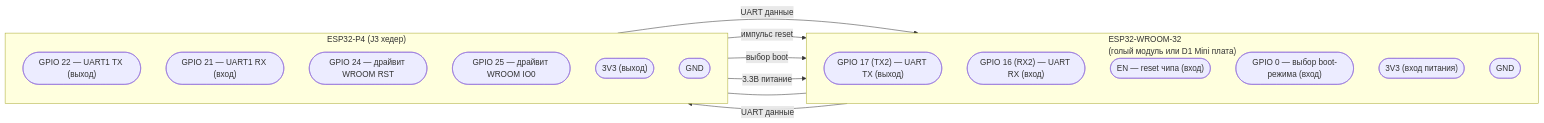
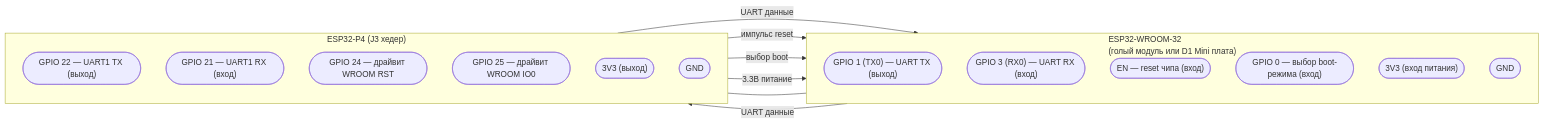
The third of 3 diagrams in README.ru.md (LeonMeln/esp32p4-android-auto), drawn with Mermaid before and after one commit. The commit also changed 1 other file, not shown here.

Commit message:
docs: fix WROOM UART pins in wiring diagram to GPIO 1/3 (UART0)
The agent firmware (uart_link.c) runs on UART0 (GPIO 1 TX0 / GPIO 3
RX0), and the ESP32 ROM bootloader esp_serial_flasher targets only
accept downloads on UART0 — so the WROOM side must be GPIO 1/3, not the
stale GPIO 16/17 (TX2/RX2) shown in the Mermaid diagram. Fixed in both
README.md and README.ru.md.

````diff
--- a/README.ru.md
+++ b/README.ru.md
@@ -214,29 +214,29 @@
 ```mermaid
 flowchart LR
     subgraph WROOM["ESP32-WROOM-32<br/>(голый модуль или D1 Mini плата)"]
         direction TB
-        W17(["GPIO 17 (TX2) — UART TX (выход)"])
-        W16(["GPIO 16 (RX2) — UART RX (вход)"])
+        W1(["GPIO 1 (TX0) — UART TX (выход)"])
+        W3(["GPIO 3 (RX0) — UART RX (вход)"])
         WEN(["EN — reset чипа (вход)"])
         WIO0(["GPIO 0 — выбор boot-режима (вход)"])
         W3V3(["3V3 (вход питания)"])
         WGND(["GND"])
     end
 
     subgraph P4J3["ESP32-P4 (J3 хедер)"]
         direction TB
         P22(["GPIO 22 — UART1 TX (выход)"])
         P21(["GPIO 21 — UART1 RX (вход)"])
         P24(["GPIO 24 — драйвит WROOM RST"])
         P25(["GPIO 25 — драйвит WROOM IO0"])
         P3V3(["3V3 (выход)"])
         PGND(["GND"])
     end
 
-    P22 -->|UART данные| W16
-    W17 -->|UART данные| P21
+    P22 -->|UART данные| W3
+    W1 -->|UART данные| P21
     P24 -->|импульс reset| WEN
     P25 -->|выбор boot| WIO0
     P3V3 -->|3.3В питание| W3V3
     PGND --- WGND
 ```
````
